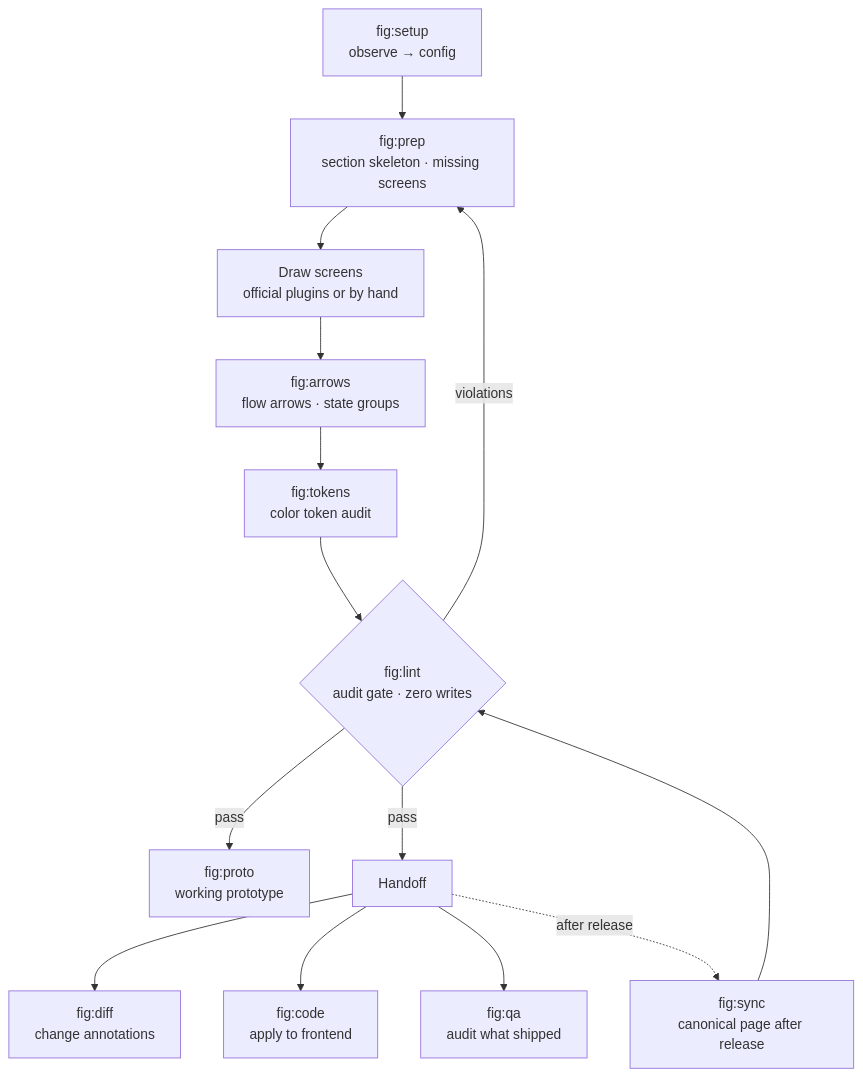
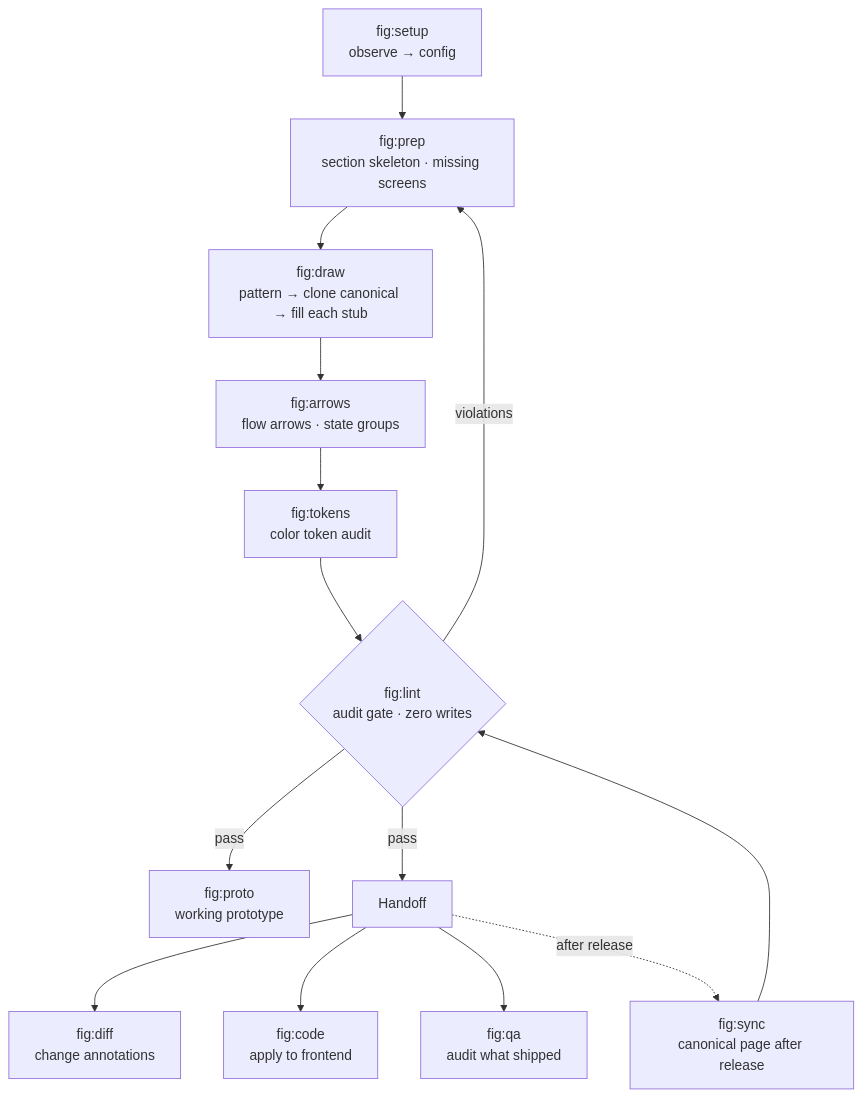
Before and after one commit to byjunyoung/claude-product-skills: the diagram in README.md, drawn with Mermaid. The commit also changed other lines of this file and 18 other files, not shown here.

First line of the commit message:
feat(fig): 화면을 그리는 스킬을 만들고, 배열 규칙을 패턴 페이지로 옮긴다

````diff
--- a/README.md
+++ b/README.md
@@ -306,25 +310,25 @@
 ```mermaid
 flowchart TD
     setup["fig:setup<br/>observe → config"]
     prep["fig:prep<br/>section skeleton · missing screens"]
-    draw["Draw screens<br/>official plugins or by hand"]
+    draw["fig:draw<br/>pattern → clone canonical → fill each stub"]
     arrows["fig:arrows<br/>flow arrows · state groups"]
     tokens["fig:tokens<br/>color token audit"]
     lint{"fig:lint<br/>audit gate · zero writes"}
     proto["fig:proto<br/>working prototype"]
     handoff["Handoff"]
     diff["fig:diff<br/>change annotations"]
     code["fig:code<br/>apply to frontend"]
     sync["fig:sync<br/>canonical page after release"]
     qa["fig:qa<br/>audit what shipped"]
 
     setup --> prep --> draw --> arrows --> tokens --> lint
     lint -- violations --> prep
     lint -- pass --> proto
     lint -- pass --> handoff
     handoff --> diff
     handoff --> code
     handoff --> qa
     handoff -. after release .-> sync
     sync --> lint
 ```
````
